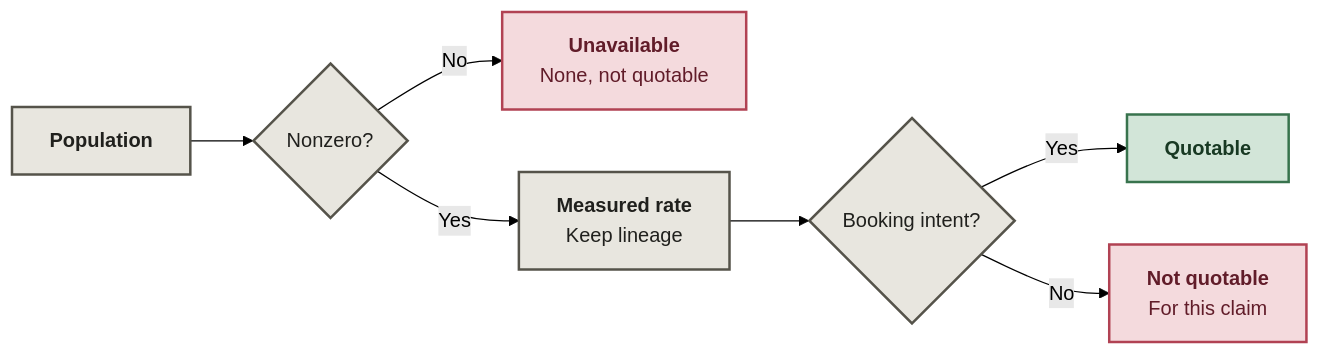
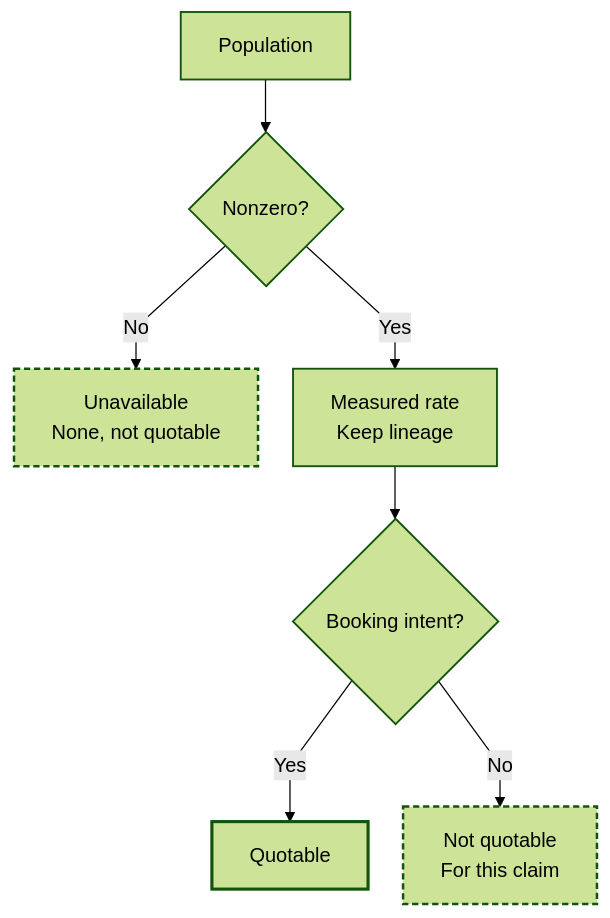
Before and after one commit to Niyam-Paneru/metric-integrity: the first of 2 diagrams in README.md, drawn with Mermaid (forest theme). The commit also changed other lines of this file, not shown here.

Commit message:
Improve Mermaid layout and light-dark theme readability

````diff
--- a/README.md
+++ b/README.md
@@ -13,15 +13,24 @@
 ```mermaid
-flowchart LR
-    P["<b>Population</b>"] --> D{"Nonzero?"}
-    D -- No --> U["<b>Unavailable</b><br/>None, not quotable"]
-    D -- Yes --> R["<b>Measured rate</b><br/>Keep lineage"]
+---
+config:
+  flowchart:
+    curve: linear
+    nodeSpacing: 28
+    rankSpacing: 42
+---
+flowchart TB
+    accTitle: Measured rates: check the denominator before quoting
+    accDescr: Decision flow for measured rates: check the denominator before quoting.
+    P["Population"] --> D{"Nonzero?"}
+    D -- No --> U["Unavailable<br/>None, not quotable"]
+    D -- Yes --> R["Measured rate<br/>Keep lineage"]
     R --> Q{"Booking intent?"}
-    Q -- Yes --> Y["<b>Quotable</b>"]
-    Q -- No --> N["<b>Not quotable</b><br/>For this claim"]
-    classDef input fill:#e8e6df,stroke:#55534a,color:#20201d,stroke-width:2px;
-    classDef pass fill:#d2e5d8,stroke:#38734d,color:#183923,stroke-width:2px;
-    classDef stop fill:#f4dadd,stroke:#b14253,color:#611c29,stroke-width:2px;
+    Q -- Yes --> Y["Quotable"]
+    Q -- No --> N["Not quotable<br/>For this claim"]
+    classDef input stroke-width:1.5px;
+    classDef pass stroke-width:2.5px;
+    classDef stop stroke-width:2px,stroke-dasharray:5 3;
     class P,D,R,Q input;
     class Y pass;
     class U,N stop;
 ```
````
